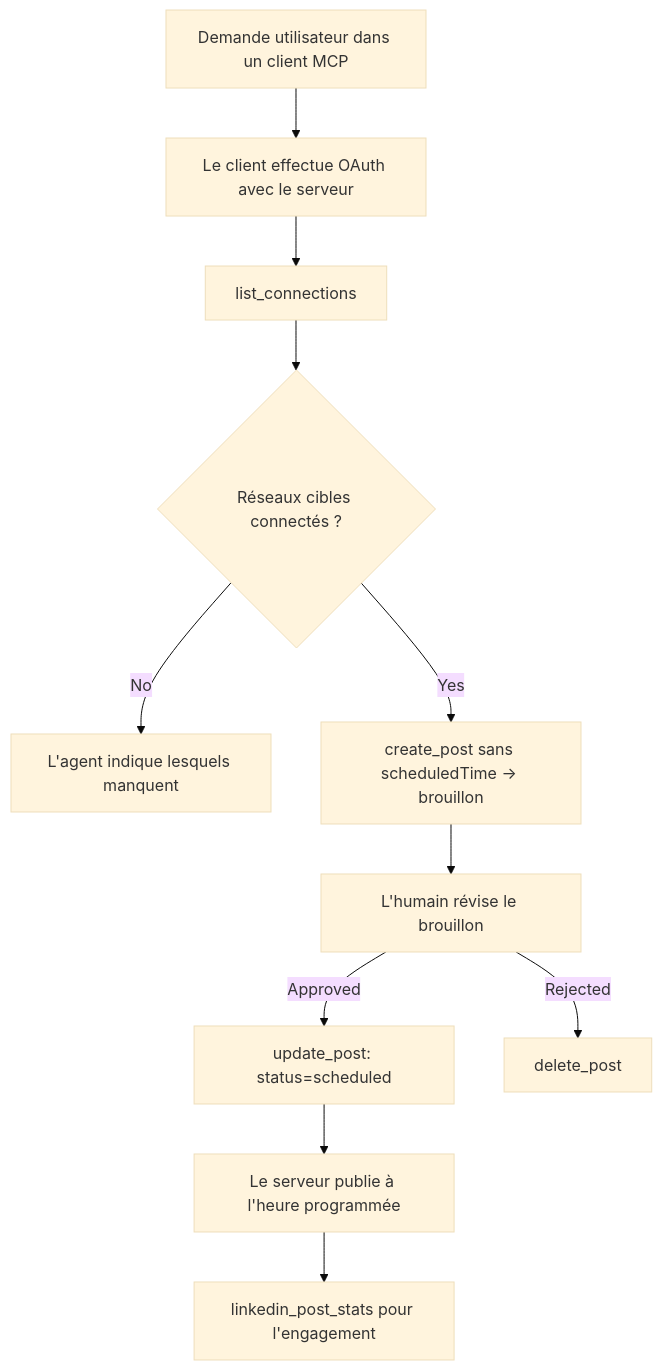
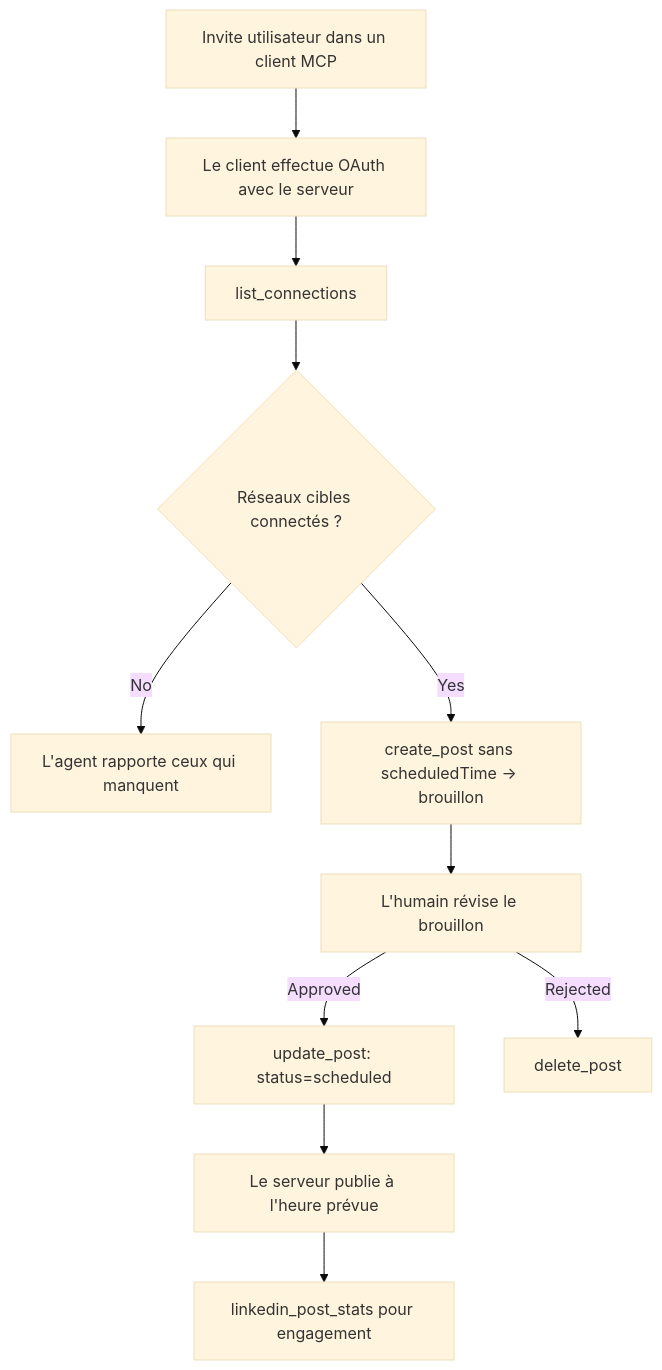
One commit to microsoft/mcp-for-beginners changed the diagram in translations/fr/09-CaseStudy/publora-social-publishing.md. Above: the diagram before and after it, drawn with Mermaid (base theme). The commit also changed other lines of this file and 146 other files, not shown here.

````diff
--- a/translations/fr/09-CaseStudy/publora-social-publishing.md
+++ b/translations/fr/09-CaseStudy/publora-social-publishing.md
@@ -47,13 +47,13 @@
 ```mermaid
 flowchart TD
-    A[Demande utilisateur dans un client MCP] --> B[Le client effectue OAuth avec le serveur]
+    A[Invite utilisateur dans un client MCP] --> B[Le client effectue OAuth avec le serveur]
     B --> C[list_connections]
     C --> D{Réseaux cibles connectés ?}
-    D -- No --> E[L'agent indique lesquels manquent]
+    D -- No --> E[L'agent rapporte ceux qui manquent]
     D -- Yes --> F[create_post sans scheduledTime -> brouillon]
     F --> G[L'humain révise le brouillon]
     G -- Approved --> H[update_post: status=scheduled]
     G -- Rejected --> I[delete_post]
-    H --> J[Le serveur publie à l'heure programmée]
-    J --> K[linkedin_post_stats pour l'engagement]
+    H --> J[Le serveur publie à l'heure prévue]
+    J --> K[linkedin_post_stats pour engagement]
 ```
````
